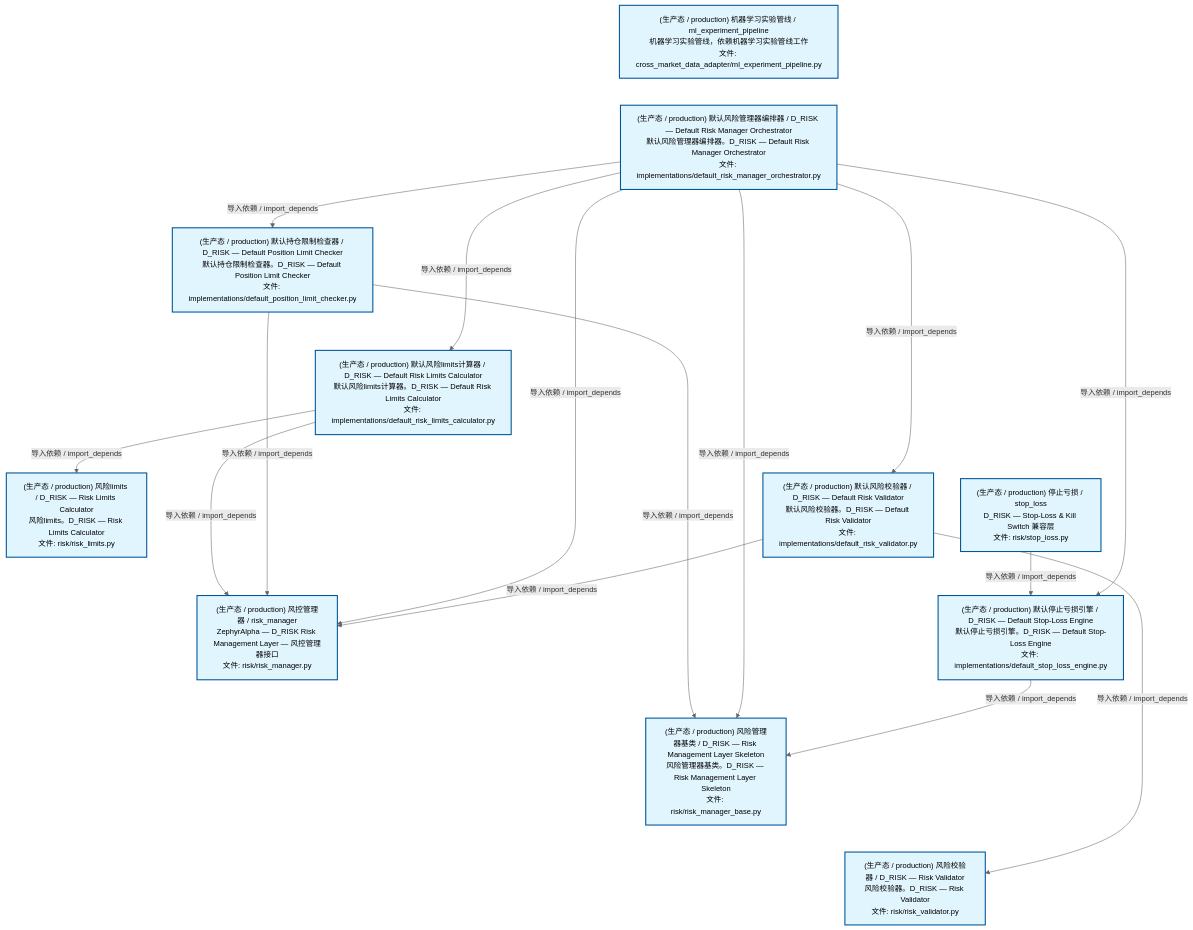
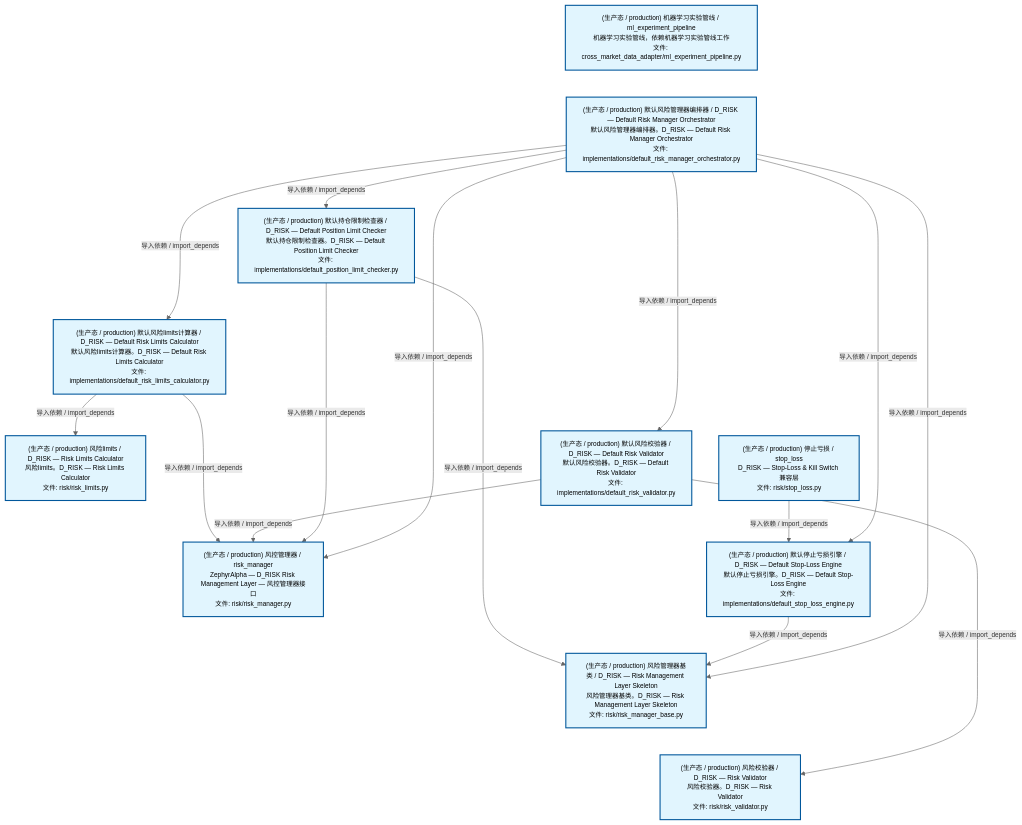
One commit to xuanFelixVan/ZephyrAlpha changed the second of 4 diagrams in docs/02_enterprise_architecture/02_domain_architecture_docs/65_d_risk.md. Above: the diagram before and after it, drawn with Mermaid. The commit also changed other lines of this file and 62 other files, not shown here.

````diff
--- a/docs/02_enterprise_architecture/02_domain_architecture_docs/65_d_risk.md
+++ b/docs/02_enterprise_architecture/02_domain_architecture_docs/65_d_risk.md
@@ -134,42 +134,42 @@
 ```mermaid
-%%{init: {'theme': 'base', 'themeVariables': {'primaryColor': '#eaeaea', 'primaryTextColor': '#333333', 'primaryBorderColor': '#666666', 'lineColor': '#666666', 'secondaryColor': '#eaeaea', 'tertiaryColor': '#eaeaea', 'fontSize': '14px'}}}%%
+%%{init: {'theme': 'base', 'themeVariables': {'primaryColor': '#eaeaea', 'primaryTextColor': '#333333', 'primaryBorderColor': '#666666', 'lineColor': '#666666', 'secondaryColor': '#eaeaea', 'tertiaryColor': '#eaeaea', 'fontSize': '12px'}}}%%
 flowchart TD
     src_zephyr_risk_cross_asset_cross_market_data_adapter_ml_experiment_pipeline_py["(生产态 / production) 机器学习实验管线 / ml_experiment_pipeline<br/>机器学习实验管线，依赖机器学习实验管线工作<br/>文件: cross_market_data_adapter/ml_experiment_pipeline.py"]
     src_zephyr_risk_implementations_default_risk_manager_orchestrator_py["(生产态 / production) 默认风险管理器编排器 / D_RISK — Default Risk Manager Orchestrator<br/>默认风险管理器编排器。D_RISK — Default Risk Manager Orchestrator<br/>文件: implementations/default_risk_manager_orchestrator.py"]
     src_zephyr_risk_stop_loss_py["(生产态 / production) 停止亏损 / stop_loss<br/>D_RISK — Stop-Loss & Kill Switch 兼容层<br/>文件: risk/stop_loss.py"]
     src_zephyr_risk_cross_asset_cross_market_data_adapter_ml_experiment_pipeline_py ~~~ src_zephyr_risk_implementations_default_risk_manager_orchestrator_py
     src_zephyr_risk_implementations_default_risk_manager_orchestrator_py ~~~ src_zephyr_risk_stop_loss_py
     src_zephyr_risk_implementations_default_position_limit_checker_py["(生产态 / production) 默认持仓限制检查器 / D_RISK — Default Position Limit Checker<br/>默认持仓限制检查器。D_RISK — Default Position Limit Checker<br/>文件: implementations/default_position_limit_checker.py"]
     src_zephyr_risk_implementations_default_risk_limits_calculator_py["(生产态 / production) 默认风险limits计算器 / D_RISK — Default Risk Limits Calculator<br/>默认风险limits计算器。D_RISK — Default Risk Limits Calculator<br/>文件: implementations/default_risk_limits_calculator.py"]
     src_zephyr_risk_implementations_default_risk_validator_py["(生产态 / production) 默认风险校验器 / D_RISK — Default Risk Validator<br/>默认风险校验器。D_RISK — Default Risk Validator<br/>文件: implementations/default_risk_validator.py"]
     src_zephyr_risk_implementations_default_stop_loss_engine_py["(生产态 / production) 默认停止亏损引擎 / D_RISK — Default Stop-Loss Engine<br/>默认停止亏损引擎。D_RISK — Default Stop-Loss Engine<br/>文件: implementations/default_stop_loss_engine.py"]
     src_zephyr_risk_implementations_default_position_limit_checker_py ~~~ src_zephyr_risk_implementations_default_risk_limits_calculator_py
     src_zephyr_risk_implementations_default_risk_limits_calculator_py ~~~ src_zephyr_risk_implementations_default_risk_validator_py
     src_zephyr_risk_implementations_default_risk_validator_py ~~~ src_zephyr_risk_implementations_default_stop_loss_engine_py
     src_zephyr_risk_risk_limits_py["(生产态 / production) 风险limits / D_RISK — Risk Limits Calculator<br/>风险limits。D_RISK — Risk Limits Calculator<br/>文件: risk/risk_limits.py"]
     src_zephyr_risk_risk_manager_py["(生产态 / production) 风控管理器 / risk_manager<br/>ZephyrAlpha — D_RISK Risk Management Layer — 风控管理器接口<br/>文件: risk/risk_manager.py"]
     src_zephyr_risk_risk_manager_base_py["(生产态 / production) 风险管理器基类 / D_RISK — Risk Management Layer Skeleton<br/>风险管理器基类。D_RISK — Risk Management Layer Skeleton<br/>文件: risk/risk_manager_base.py"]
     src_zephyr_risk_risk_validator_py["(生产态 / production) 风险校验器 / D_RISK — Risk Validator<br/>风险校验器。D_RISK — Risk Validator<br/>文件: risk/risk_validator.py"]
     src_zephyr_risk_risk_limits_py ~~~ src_zephyr_risk_risk_manager_py
     src_zephyr_risk_risk_manager_py ~~~ src_zephyr_risk_risk_manager_base_py
     src_zephyr_risk_risk_manager_base_py ~~~ src_zephyr_risk_risk_validator_py
     src_zephyr_risk_stop_loss_py -->|导入依赖 / import_depends| src_zephyr_risk_implementations_default_stop_loss_engine_py
+    src_zephyr_risk_implementations_default_risk_limits_calculator_py -->|导入依赖 / import_depends| src_zephyr_risk_risk_limits_py
     src_zephyr_risk_implementations_default_risk_limits_calculator_py -->|导入依赖 / import_depends| src_zephyr_risk_risk_manager_py
-    src_zephyr_risk_implementations_default_risk_limits_calculator_py -->|导入依赖 / import_depends| src_zephyr_risk_risk_limits_py
+    src_zephyr_risk_implementations_default_risk_validator_py -->|导入依赖 / import_depends| src_zephyr_risk_risk_validator_py
+    src_zephyr_risk_implementations_default_risk_validator_py -->|导入依赖 / import_depends| src_zephyr_risk_risk_manager_py
+    src_zephyr_risk_implementations_default_position_limit_checker_py -->|导入依赖 / import_depends| src_zephyr_risk_risk_manager_base_py
     src_zephyr_risk_implementations_default_position_limit_checker_py -->|导入依赖 / import_depends| src_zephyr_risk_risk_manager_py
-    src_zephyr_risk_implementations_default_position_limit_checker_py -->|导入依赖 / import_depends| src_zephyr_risk_risk_manager_base_py
+    src_zephyr_risk_implementations_default_stop_loss_engine_py -->|导入依赖 / import_depends| src_zephyr_risk_risk_manager_base_py
+    src_zephyr_risk_implementations_default_risk_manager_orchestrator_py -->|导入依赖 / import_depends| src_zephyr_risk_risk_manager_base_py
     src_zephyr_risk_implementations_default_risk_manager_orchestrator_py -->|导入依赖 / import_depends| src_zephyr_risk_risk_manager_py
     src_zephyr_risk_implementations_default_risk_manager_orchestrator_py -->|导入依赖 / import_depends| src_zephyr_risk_implementations_default_risk_limits_calculator_py
-    src_zephyr_risk_implementations_default_risk_manager_orchestrator_py -->|导入依赖 / import_depends| src_zephyr_risk_risk_manager_base_py
+    src_zephyr_risk_implementations_default_risk_manager_orchestrator_py -->|导入依赖 / import_depends| src_zephyr_risk_implementations_default_risk_validator_py
     src_zephyr_risk_implementations_default_risk_manager_orchestrator_py -->|导入依赖 / import_depends| src_zephyr_risk_implementations_default_position_limit_checker_py
-    src_zephyr_risk_implementations_default_risk_manager_orchestrator_py -->|导入依赖 / import_depends| src_zephyr_risk_implementations_default_risk_validator_py
     src_zephyr_risk_implementations_default_risk_manager_orchestrator_py -->|导入依赖 / import_depends| src_zephyr_risk_implementations_default_stop_loss_engine_py
-    src_zephyr_risk_implementations_default_risk_validator_py -->|导入依赖 / import_depends| src_zephyr_risk_risk_manager_py
-    src_zephyr_risk_implementations_default_risk_validator_py -->|导入依赖 / import_depends| src_zephyr_risk_risk_validator_py
-    src_zephyr_risk_implementations_default_stop_loss_engine_py -->|导入依赖 / import_depends| src_zephyr_risk_risk_manager_base_py
     classDef production fill:#e1f5fe,stroke:#01579b,stroke-width:2px,color:#000
     classDef design fill:#fff3e0,stroke:#e65100,stroke-width:2px,color:#000,stroke-dasharray: 5 5
     classDef external_prod fill:#e8f4fd,stroke:#0277bd,stroke-width:1px,color:#000
     classDef external_design fill:#fff8e7,stroke:#ef6c00,stroke-width:1px,color:#000,stroke-dasharray: 5 5
     class src_zephyr_risk_cross_asset_cross_market_data_adapter_ml_experiment_pipeline_py,src_zephyr_risk_implementations_default_position_limit_checker_py,src_zephyr_risk_implementations_default_risk_limits_calculator_py,src_zephyr_risk_implementations_default_risk_manager_orchestrator_py,src_zephyr_risk_implementations_default_risk_validator_py,src_zephyr_risk_implementations_default_stop_loss_engine_py,src_zephyr_risk_risk_limits_py,src_zephyr_risk_risk_manager_py,src_zephyr_risk_risk_manager_base_py,src_zephyr_risk_risk_validator_py,src_zephyr_risk_stop_loss_py production
 ```
````
